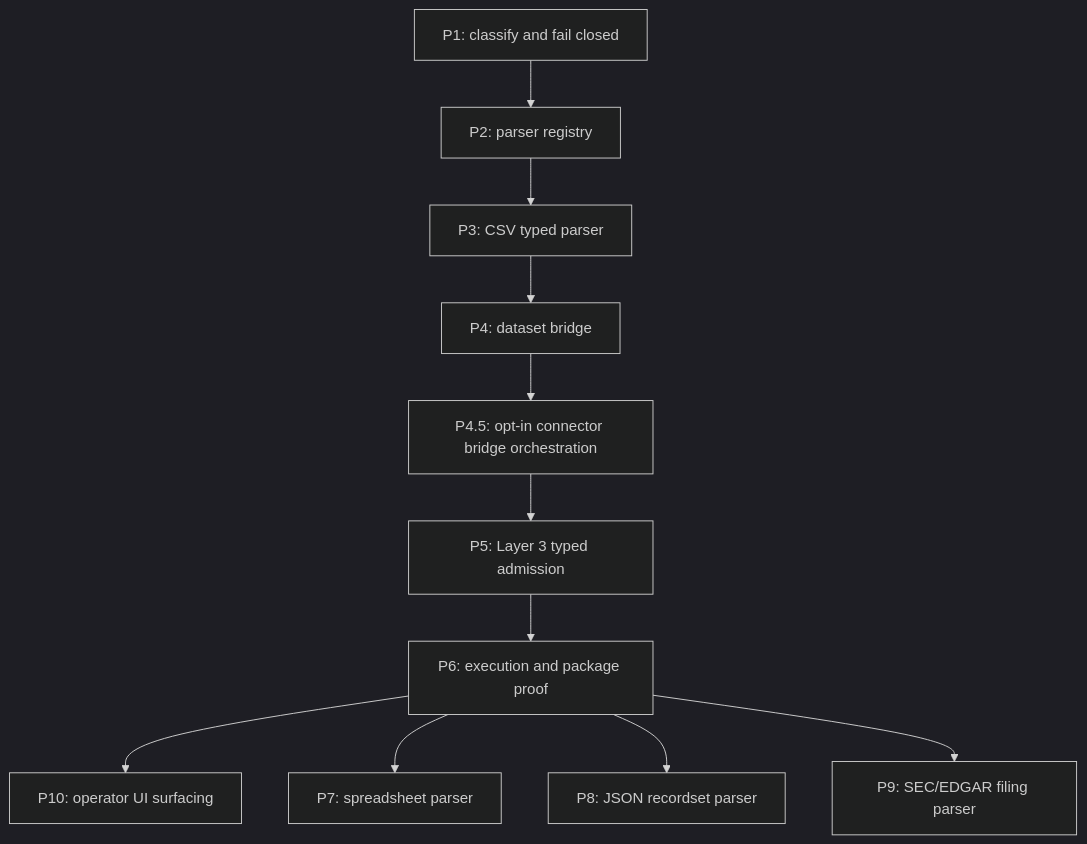
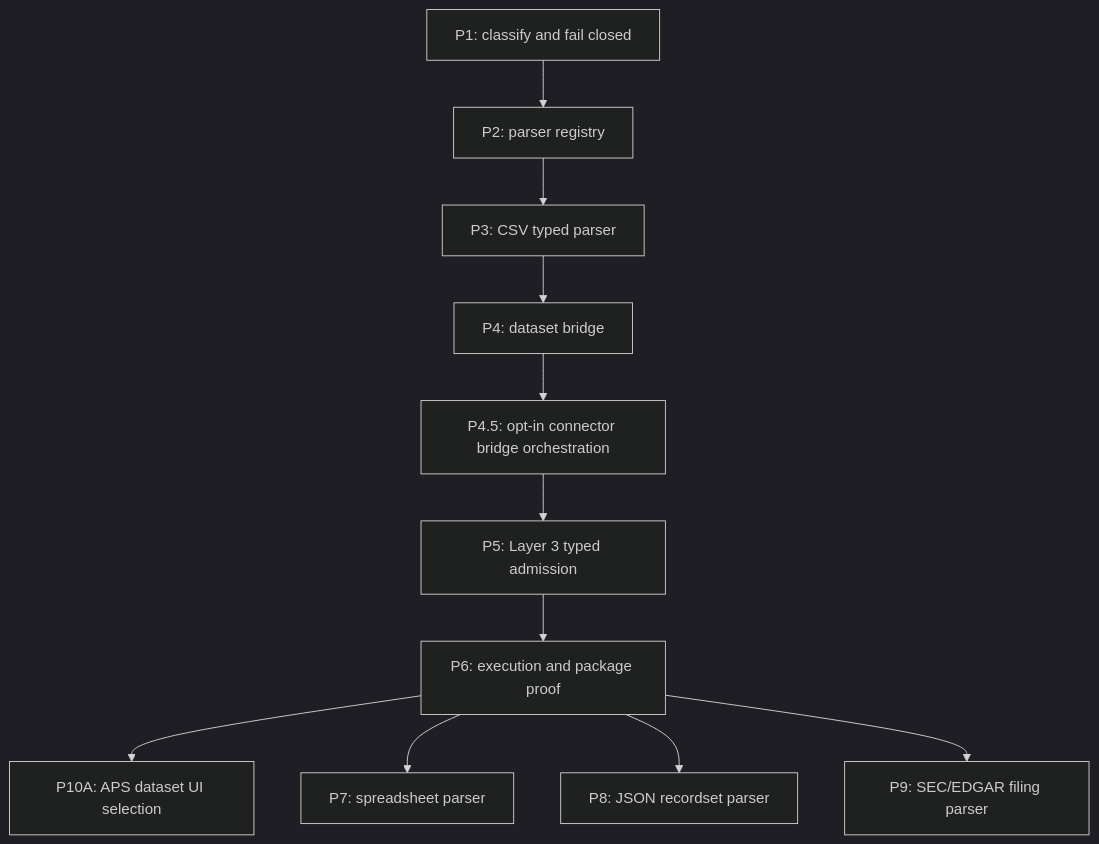
Before and after one commit to benjmcd/project6_REPO_MCP_FOLDER: the diagram in next_milestone_plans/multi-ingest/03-implementation.md, drawn with Mermaid (dark theme). The commit also changed other lines of this file and 13 other files, not shown here.

Commit message:
Surface APS dataset versions in Layer 3 UI

````diff
--- a/next_milestone_plans/multi-ingest/03-implementation.md
+++ b/next_milestone_plans/multi-ingest/03-implementation.md
@@ -394,13 +398,13 @@
 ```mermaid
 flowchart TD
     A["P1: classify and fail closed"] --> B["P2: parser registry"]
     B --> C["P3: CSV typed parser"]
     C --> D["P4: dataset bridge"]
     D --> E["P4.5: opt-in connector bridge orchestration"]
     E --> F["P5: Layer 3 typed admission"]
     F --> G["P6: execution and package proof"]
-    G --> H["P10: operator UI surfacing"]
+    G --> H["P10A: APS dataset UI selection"]
     G --> I["P7: spreadsheet parser"]
     G --> J["P8: JSON recordset parser"]
     G --> K["P9: SEC/EDGAR filing parser"]
 ```
````
